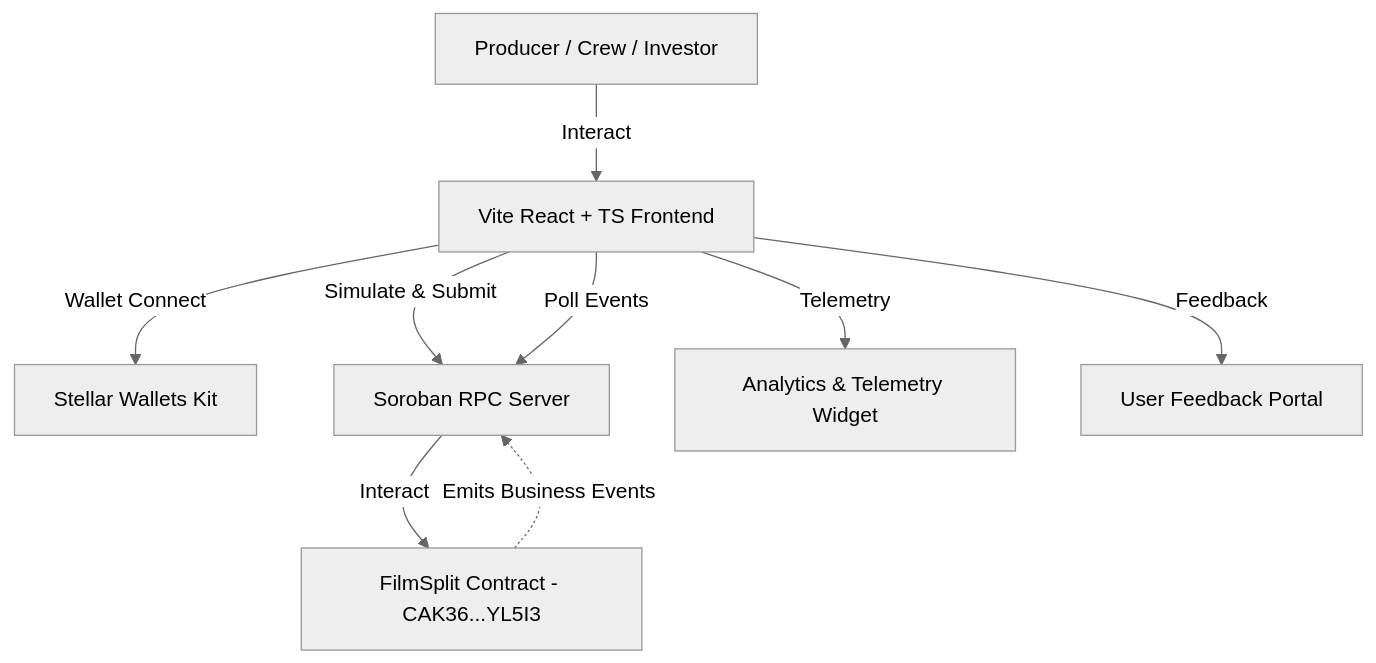
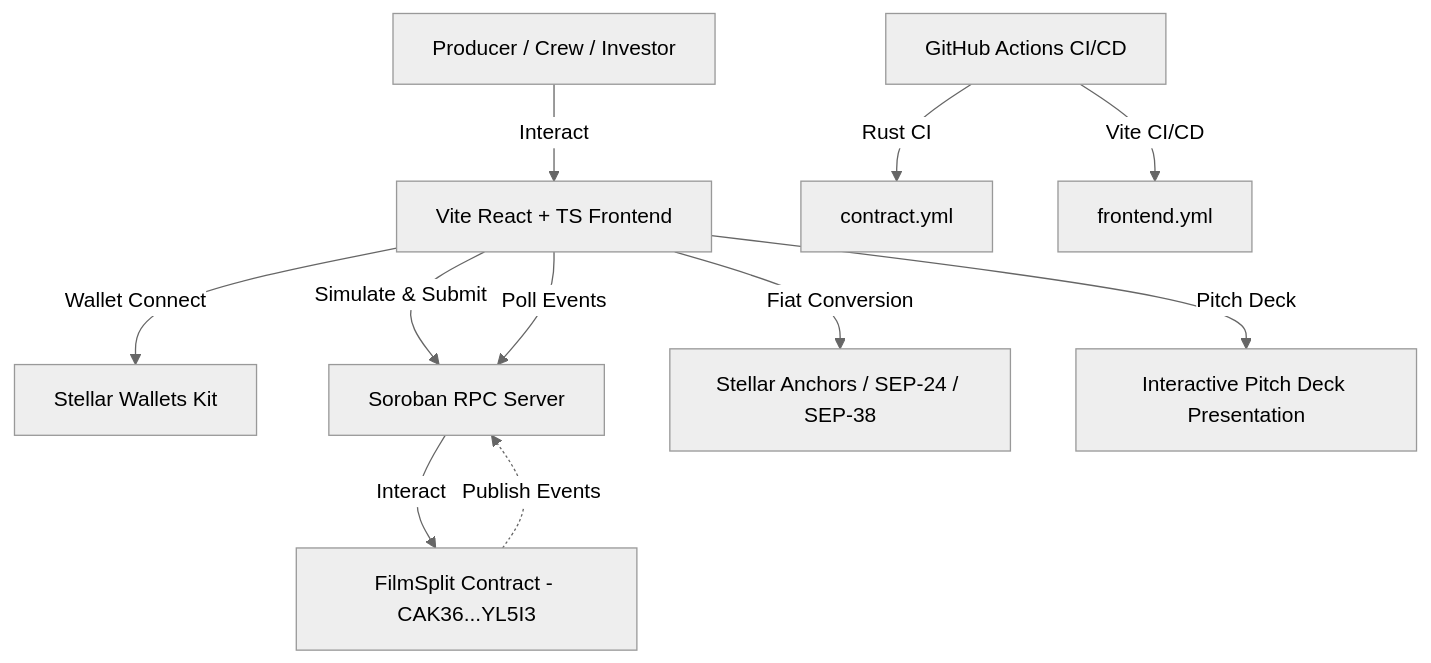
Before and after one commit to elijahgmz/filmsplit-level7: the diagram in README.md, drawn with Mermaid (neutral theme). The commit also changed other lines of this file, not shown here.

Commit message:
docs: complete README for Level 5 scaling with commit proofs, pitch deck link, and 50+ user CSV link

````diff
--- a/README.md
+++ b/README.md
@@ -42,11 +59,13 @@
 ```mermaid
 graph TD
     User[Producer / Crew / Investor] -->|Interact| FE[Vite React + TS Frontend]
     FE -->|Wallet Connect| SK[Stellar Wallets Kit]
     FE -->|Simulate & Submit| RPC[Soroban RPC Server]
     RPC -->|Interact| SC[FilmSplit Contract - CAK36...YL5I3]
-    SC -.->|Emits Business Events| RPC
+    SC -.->|Publish Events| RPC
     FE -->|Poll Events| RPC
-    FE -->|Telemetry| AN[Analytics & Telemetry Widget]
-    FE -->|Feedback| FB[User Feedback Portal]
+    FE -->|Fiat Conversion| Anchor[Stellar Anchors / SEP-24 / SEP-38]
+    FE -->|Pitch Deck| Pitch[Interactive Pitch Deck Presentation]
+    I[GitHub Actions CI/CD] -->|Rust CI| J[contract.yml]
+    I -->|Vite CI/CD| K[frontend.yml]
 ```
````
